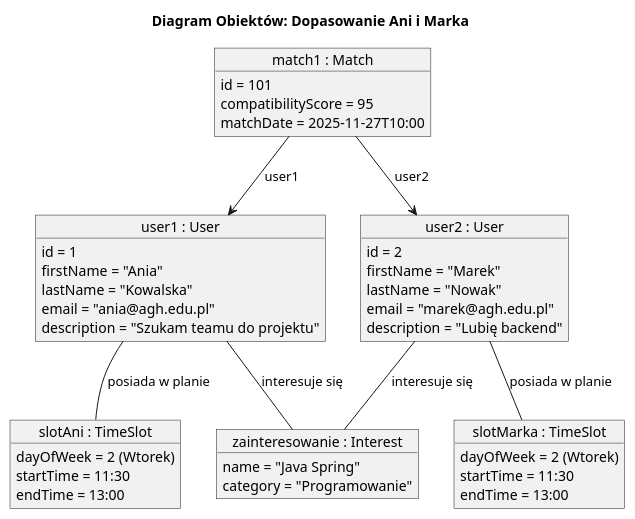
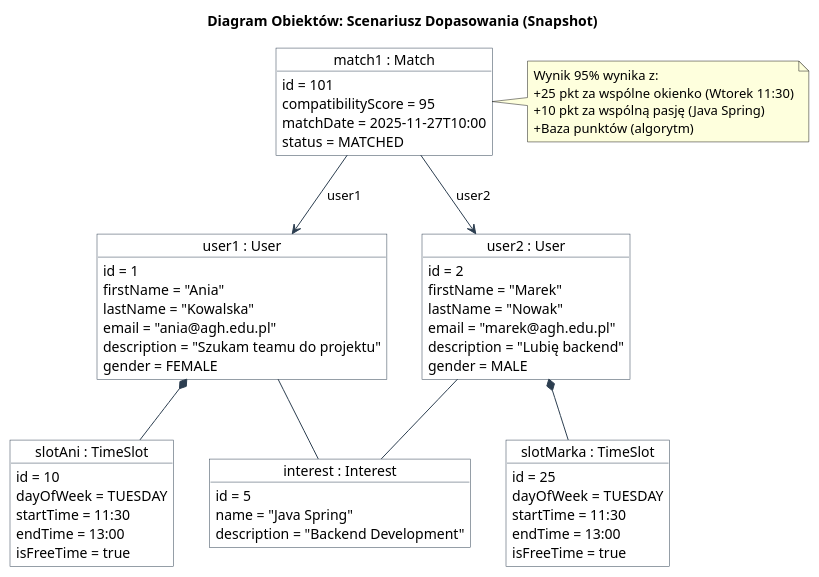
One commit to ceslinka/UsosMatch changed the diagram in Dokumentacja/diagram_obiektow.puml. Above: the diagram before and after it, drawn with PlantUML. The commit also changed 12 other files, not shown here.

Commit message:
Diagramy

```diff
--- a/Dokumentacja/diagram_obiektow.puml
+++ b/Dokumentacja/diagram_obiektow.puml
@@ -1,55 +1,90 @@
 @startuml
 
-title Diagram Obiektów: Dopasowanie Ani i Marka
+title Diagram Obiektów: Scenariusz Dopasowania (Snapshot)
 
-'Składnia: object "nazwa_zmiennej : TypKlasy" as alias
+skinparam shadowing false
+skinparam packageStyle rectangle
+skinparam object {
+    BackgroundColor White
+    ArrowColor #2C3E50
+    BorderColor #2C3E50
+    HeaderBackgroundColor #85C1E9
+}
 
+' Obiekt User 1
 object "user1 : User" as ania {
     id = 1
     firstName = "Ania"
     lastName = "Kowalska"
     email = "ania@agh.edu.pl"
     description = "Szukam teamu do projektu"
+    gender = FEMALE
 }
 
+' Obiekt User 2
 object "user2 : User" as marek {
     id = 2
     firstName = "Marek"
     lastName = "Nowak"
     email = "marek@agh.edu.pl"
     description = "Lubię backend"
+    gender = MALE
 }
 
+' Okienko czasowe Ani
 object "slotAni : TimeSlot" as slot1 {
-    dayOfWeek = 2 (Wtorek)
+    id = 10
+    dayOfWeek = TUESDAY
     startTime = 11:30
     endTime = 13:00
+    isFreeTime = true
 }
 
+' Okienko czasowe Marka (takie samo!)
 object "slotMarka : TimeSlot" as slot2 {
-    dayOfWeek = 2 (Wtorek)
+    id = 25
+    dayOfWeek = TUESDAY
     startTime = 11:30
     endTime = 13:00
+    isFreeTime = true
 }
 
-object "zainteresowanie : Interest" as java {
+' Wspólna pasja
+object "interest : Interest" as java {
+    id = 5
     name = "Java Spring"
-    category = "Programowanie"
+    description = "Backend Development"
 }
 
+' Wynik dopasowania
 object "match1 : Match" as dopasowanie {
     id = 101
     compatibilityScore = 95
     matchDate = 2025-11-27T10:00
+    status = MATCHED
 }
 
-ania -- slot1 : posiada w planie
-marek -- slot2 : posiada w planie
+' RELACJE (Linki między obiektami w pamięci)
 
-ania -- java : interesuje się
-marek -- java : interesuje się
+' Ania ma grafik
+ania *-- slot1
 
+' Marek ma grafik
+marek *-- slot2
+
+' Ania i Marek lubią to samo (wspólny obiekt w bazie)
+ania -- java
+marek -- java
+
+' Match łączy te dwie osoby
 dopasowanie --> ania : user1
 dopasowanie --> marek : user2
 
+note right of dopasowanie
+  Wynik 95% wynika z:
+  +25 pkt za wspólne okienko (Wtorek 11:30)
+  +10 pkt za wspólną pasję (Java Spring)
+  +Baza punktów (algorytm)
+end note
+
 @enduml
```
